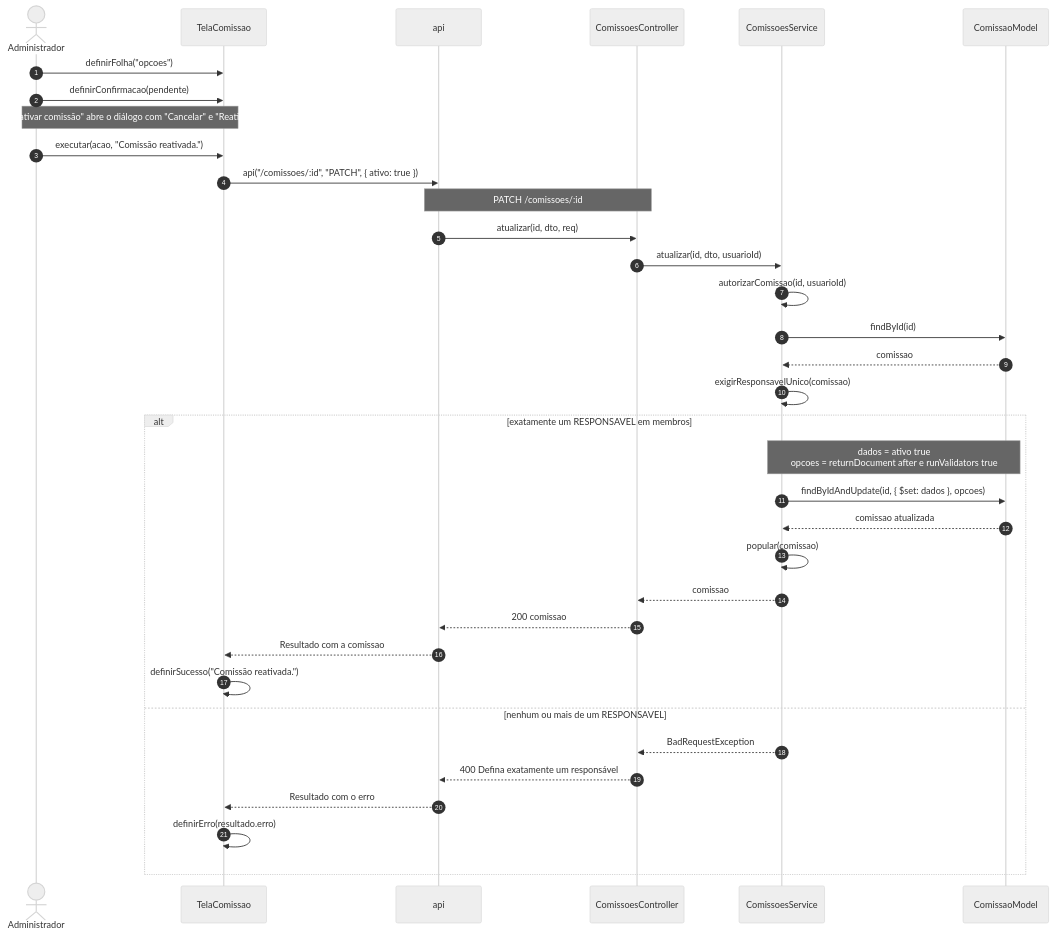
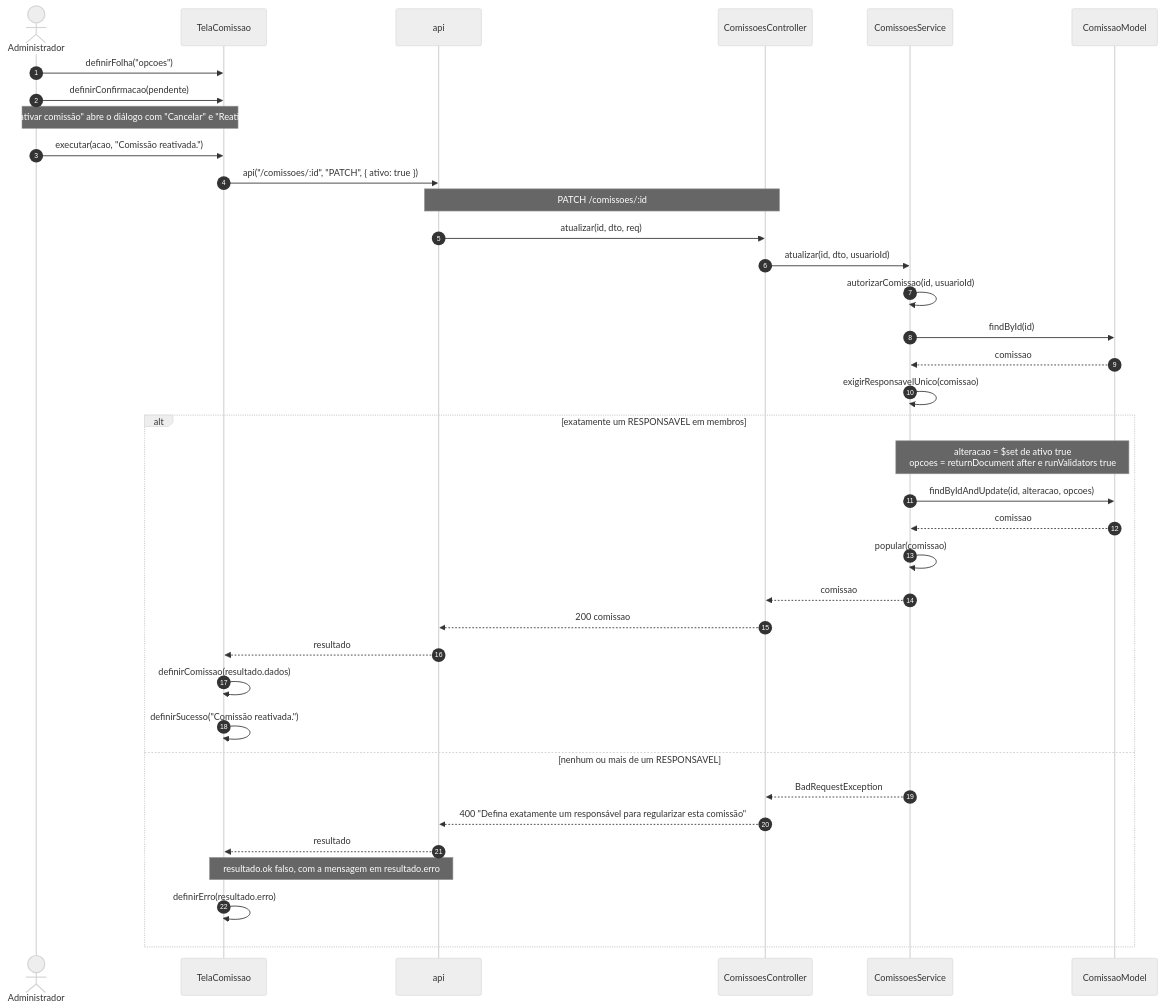
Before and after one commit to Conecta-IFSP/DOCUMENTATION: the sixth of 9 diagrams in 2 - Incremento 1/cadastro-comissao/6 - diagramas-sequencia-cadastro-comissao.md, drawn with Mermaid (neutral theme). The commit also changed other lines of this file and 97 other files, not shown here.

````diff
--- a/2 - Incremento 1/cadastro-comissao/6 - diagramas-sequencia-cadastro-comissao.md
+++ b/2 - Incremento 1/cadastro-comissao/6 - diagramas-sequencia-cadastro-comissao.md
@@ -267,37 +284,39 @@
 ```mermaid
 sequenceDiagram
     autonumber
     actor U as Administrador
     participant T as TelaComissao
     participant A as api
     participant C as ComissoesController
     participant S as ComissoesService
     participant M as ComissaoModel
     U->>T: definirFolha("opcoes")
     U->>T: definirConfirmacao(pendente)
     Note over U,T: "Reativar comissão" abre o diálogo com "Cancelar" e "Reativar"
     U->>T: executar(acao, "Comissão reativada.")
     T->>A: api("/comissoes/:id", "PATCH", { ativo: true })
     Note over A,C: PATCH /comissoes/:id
     A->>C: atualizar(id, dto, req)
     C->>S: atualizar(id, dto, usuarioId)
     S->>S: autorizarComissao(id, usuarioId)
     S->>M: findById(id)
     M-->>S: comissao
     S->>S: exigirResponsavelUnico(comissao)
     alt exatamente um RESPONSAVEL em membros
-        Note over S,M: dados = ativo true<br/>opcoes = returnDocument after e runValidators true
-        S->>M: findByIdAndUpdate(id, { $set: dados }, opcoes)
-        M-->>S: comissao atualizada
+        Note over S,M: alteracao = $set de ativo true<br/>opcoes = returnDocument after e runValidators true
+        S->>M: findByIdAndUpdate(id, alteracao, opcoes)
+        M-->>S: comissao
         S->>S: popular(comissao)
         S-->>C: comissao
         C-->>A: 200 comissao
-        A-->>T: Resultado com a comissao
+        A-->>T: resultado
+        T->>T: definirComissao(resultado.dados)
         T->>T: definirSucesso("Comissão reativada.")
     else nenhum ou mais de um RESPONSAVEL
         S-->>C: BadRequestException
-        C-->>A: 400 Defina exatamente um responsável
-        A-->>T: Resultado com o erro
+        C-->>A: 400 "Defina exatamente um responsável para regularizar esta comissão"
+        A-->>T: resultado
+        Note over T,A: resultado.ok falso, com a mensagem em resultado.erro
         T->>T: definirErro(resultado.erro)
     end
 ```
````
